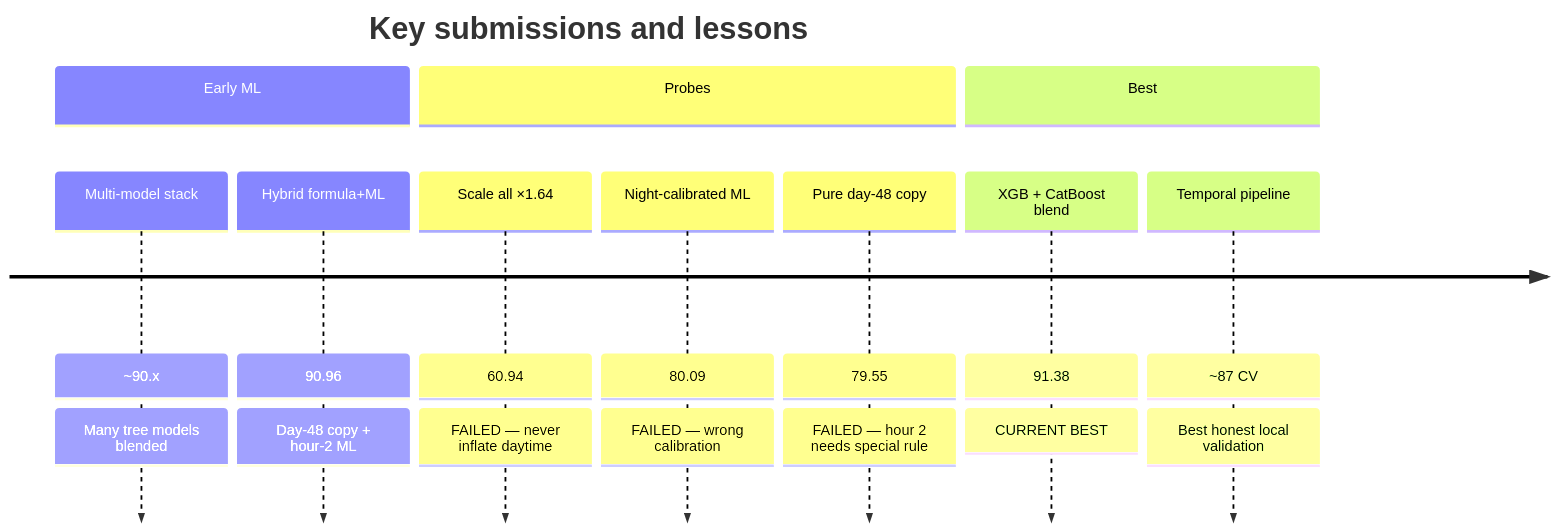
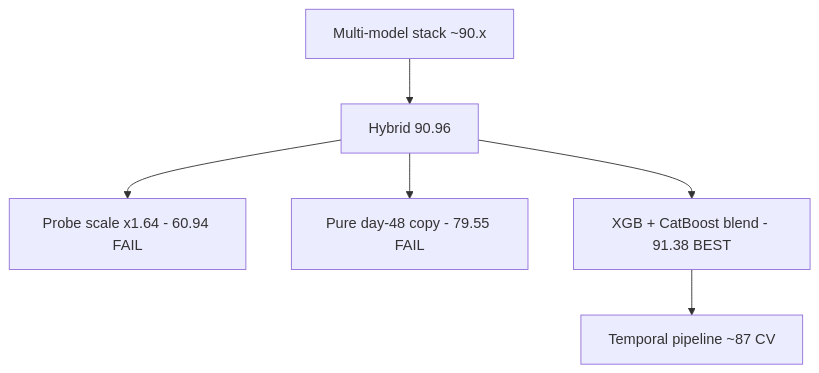
One commit to rishitaprabhakarp-cell/BLOG changed the eighth of 11 diagrams in content/posts/bangalore-traffic-demand-prediction.md. Above: the diagram before and after it, drawn with Mermaid. The commit also changed other lines of this file and 13 other files, not shown here.

Commit message:
fix():mermaid rendering was fixed

````diff
--- a/content/posts/bangalore-traffic-demand-prediction.md
+++ b/content/posts/bangalore-traffic-demand-prediction.md
@@ -372,14 +359,8 @@
 ```mermaid
-timeline
-    title Key submissions and lessons
-    section Early ML
-        Multi-model stack : ~90.x : Many tree models blended
-        Hybrid formula+ML : 90.96 : Day-48 copy + hour-2 ML
-    section Probes
-        Scale all ×1.64 : 60.94 : FAILED — never inflate daytime
-        Night-calibrated ML : 80.09 : FAILED — wrong calibration
-        Pure day-48 copy : 79.55 : FAILED — hour 2 needs special rule
-    section Best
-        XGB + CatBoost blend : 91.38 : CURRENT BEST
-        Temporal pipeline : ~87 CV : Best honest local validation
+flowchart TB
+    E1[Multi-model stack ~90.x] --> H[Hybrid 90.96]
+    H --> P1[Probe scale x1.64 - 60.94 FAIL]
+    H --> P2[Pure day-48 copy - 79.55 FAIL]
+    H --> BEST[XGB + CatBoost blend - 91.38 BEST]
+    BEST --> CV[Temporal pipeline ~87 CV]
 ```
````
